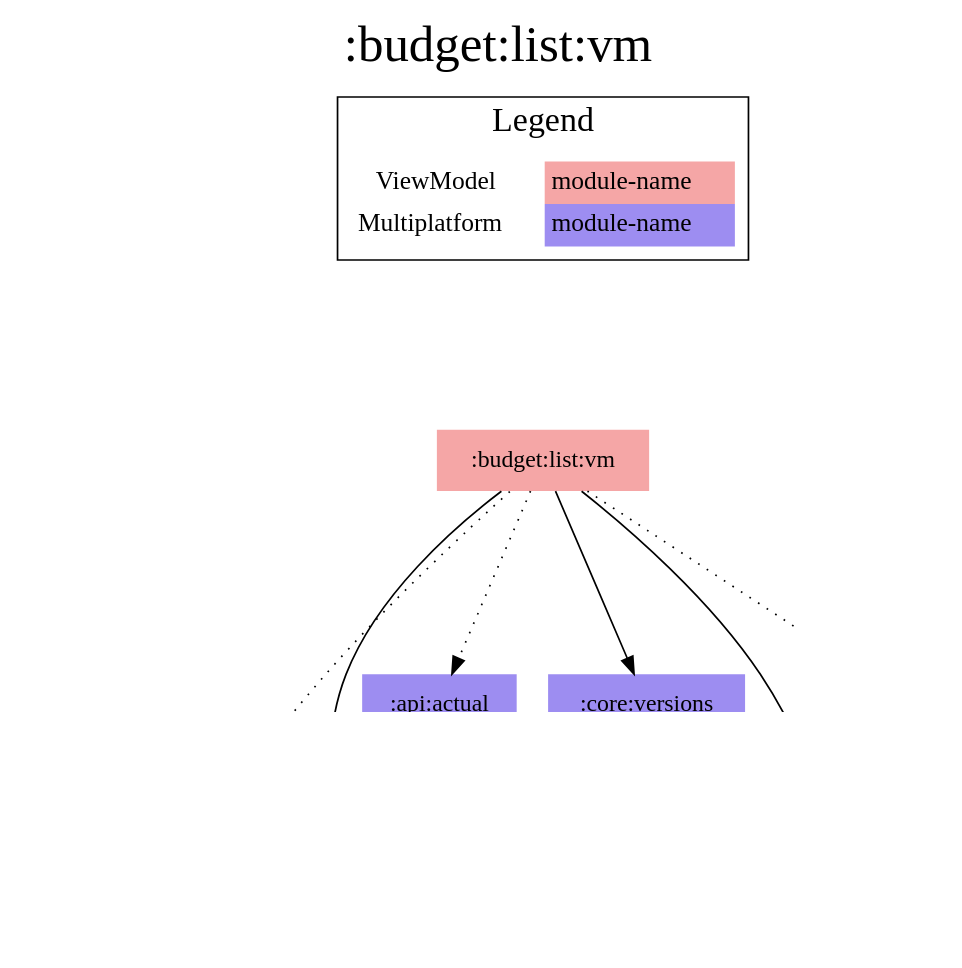
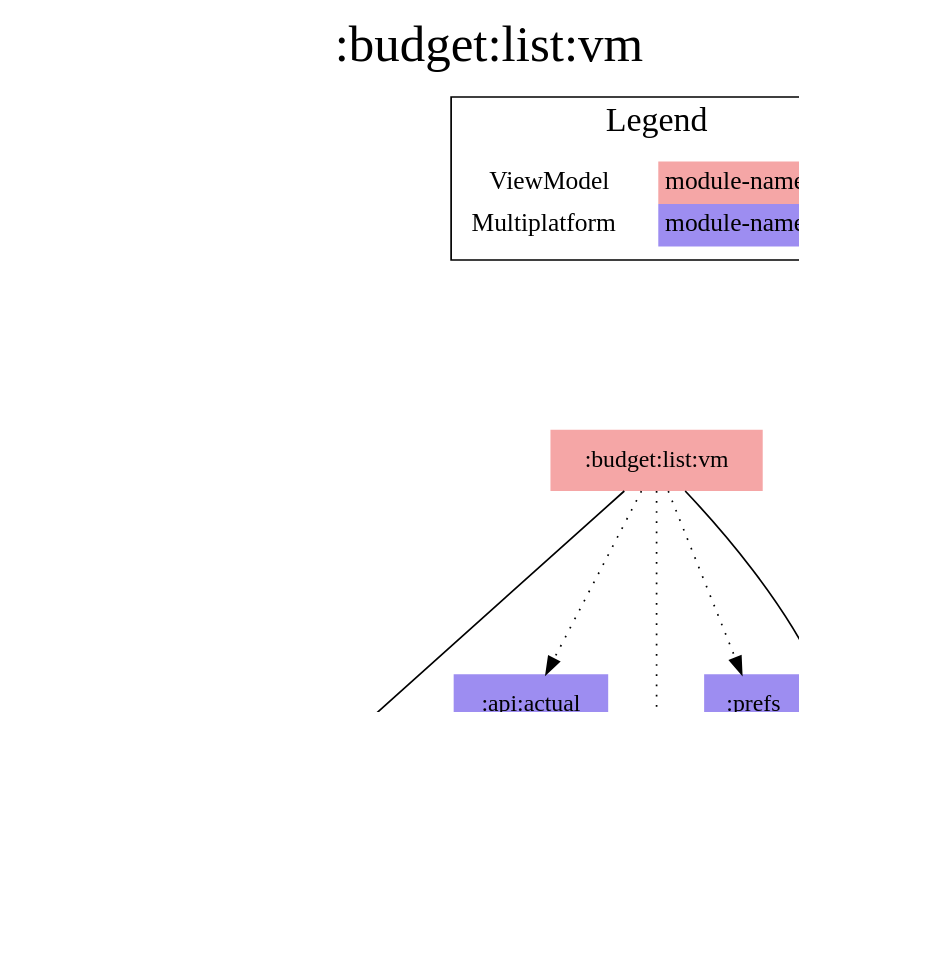
Before and after one commit to jonapoul/aktual: the diagram in modules/budget/list/vm/modules.dot, drawn with Graphviz. The commit also changed 152 other files, not shown here.

```diff
--- a/modules/budget/list/vm/modules.dot
+++ b/modules/budget/list/vm/modules.dot
@@ -1,38 +1,37 @@
 digraph {
 edge ["dir"="forward"]
 graph ["dpi"="100","label"=":budget:list:vm","labelloc"="t","fontsize"="30","ranksep"="1.5","rankdir"="TB"]
 node ["style"="filled"]
 ":account:model" ["fillcolor"="#9D8DF1","shape"="none"]
 ":api:actual" ["fillcolor"="#9D8DF1","shape"="none"]
 ":budget:list:vm" ["fillcolor"="#F5A6A6","shape"="none"]
 ":budget:model" ["fillcolor"="#9D8DF1","shape"="none"]
 ":codegen:annotation" ["fillcolor"="#9D8DF1","shape"="none"]
-":core:versions" ["fillcolor"="#9D8DF1","shape"="none"]
-":url:model" ["fillcolor"="#9D8DF1","shape"="none"]
-":url:prefs" ["fillcolor"="#9D8DF1","shape"="none"]
+":core:model" ["fillcolor"="#9D8DF1","shape"="none"]
+":prefs" ["fillcolor"="#9D8DF1","shape"="none"]
 {
 edge ["dir"="none"]
 graph ["rank"="same"]
 }
 ":api:actual" -> ":account:model"
 ":api:actual" -> ":budget:model"
 ":api:actual" -> ":codegen:annotation" ["style"="dotted"]
-":api:actual" -> ":url:model"
+":api:actual" -> ":core:model"
 ":budget:list:vm" -> ":account:model" ["style"="dotted"]
 ":budget:list:vm" -> ":api:actual" ["style"="dotted"]
 ":budget:list:vm" -> ":budget:model"
-":budget:list:vm" -> ":core:versions"
-":budget:list:vm" -> ":url:model"
-":budget:list:vm" -> ":url:prefs" ["style"="dotted"]
-":url:prefs" -> ":url:model"
+":budget:list:vm" -> ":core:model"
+":budget:list:vm" -> ":prefs" ["style"="dotted"]
+":prefs" -> ":account:model"
+":prefs" -> ":core:model"
 subgraph "cluster_legend" {
 edge ["dir"="none"]
 graph ["label"="Legend","fontsize"="20"]
 "Legend" ["style"="filled","fillcolor"="#FFFFFF","shape"="none","margin"="0","fontsize"="15","label"=<
 <TABLE BORDER="0" CELLBORDER="0" CELLSPACING="0" CELLPADDING="4">
 <TR><TD>ViewModel</TD><TD BGCOLOR="#F5A6A6">module-name</TD></TR>
 <TR><TD>Multiplatform</TD><TD BGCOLOR="#9D8DF1">module-name</TD></TR>
 </TABLE>
 >]
 } -> ":budget:list:vm" ["style"="invis"]
 }
```
